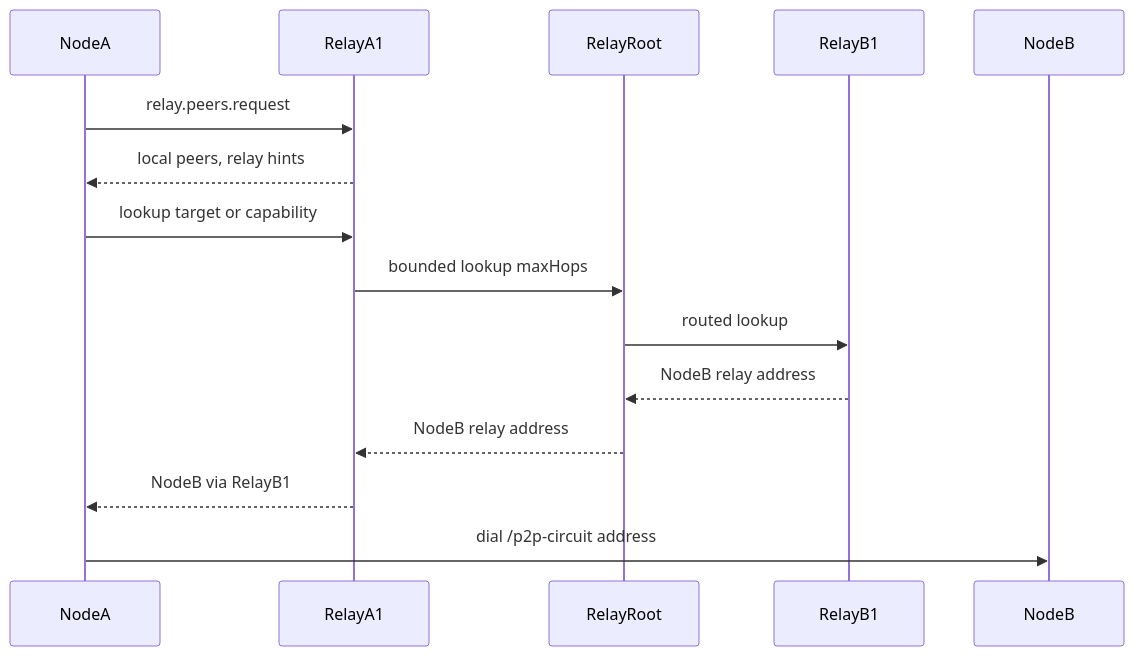
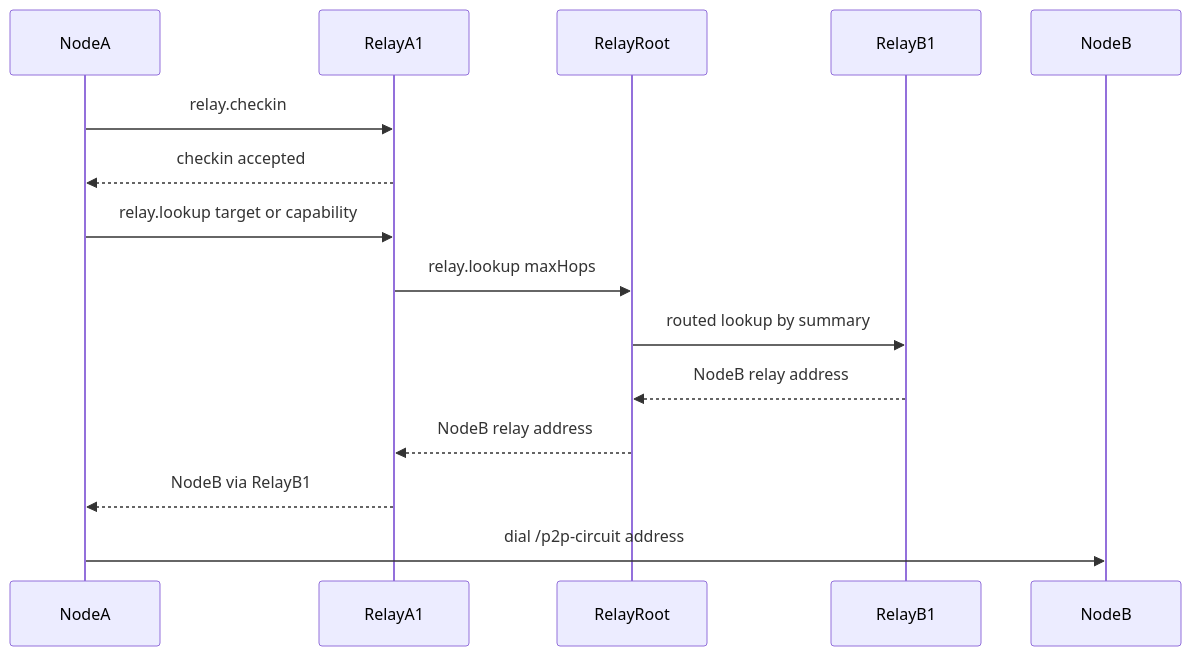
The sixth of 6 diagrams in docs/layered-relay-network.md (allenpeng0705/EnvoyMesh), drawn with Mermaid before and after one commit. The commit also changed other lines of this file and 26 other files, not shown here.

Commit message:
set up the relay graph network

````diff
--- a/docs/layered-relay-network.md
+++ b/docs/layered-relay-network.md
@@ -340,18 +474,18 @@
 ```mermaid
 sequenceDiagram
   participant NodeA
   participant RelayA1
   participant RelayRoot
   participant RelayB1
   participant NodeB
 
-  NodeA->>RelayA1: relay.peers.request
-  RelayA1-->>NodeA: local peers, relay hints
-  NodeA->>RelayA1: lookup target or capability
-  RelayA1->>RelayRoot: bounded lookup maxHops
-  RelayRoot->>RelayB1: routed lookup
+  NodeA->>RelayA1: relay.checkin
+  RelayA1-->>NodeA: checkin accepted
+  NodeA->>RelayA1: relay.lookup target or capability
+  RelayA1->>RelayRoot: relay.lookup maxHops
+  RelayRoot->>RelayB1: routed lookup by summary
   RelayB1-->>RelayRoot: NodeB relay address
   RelayRoot-->>RelayA1: NodeB relay address
   RelayA1-->>NodeA: NodeB via RelayB1
   NodeA->>NodeB: dial /p2p-circuit address
 ```
````
